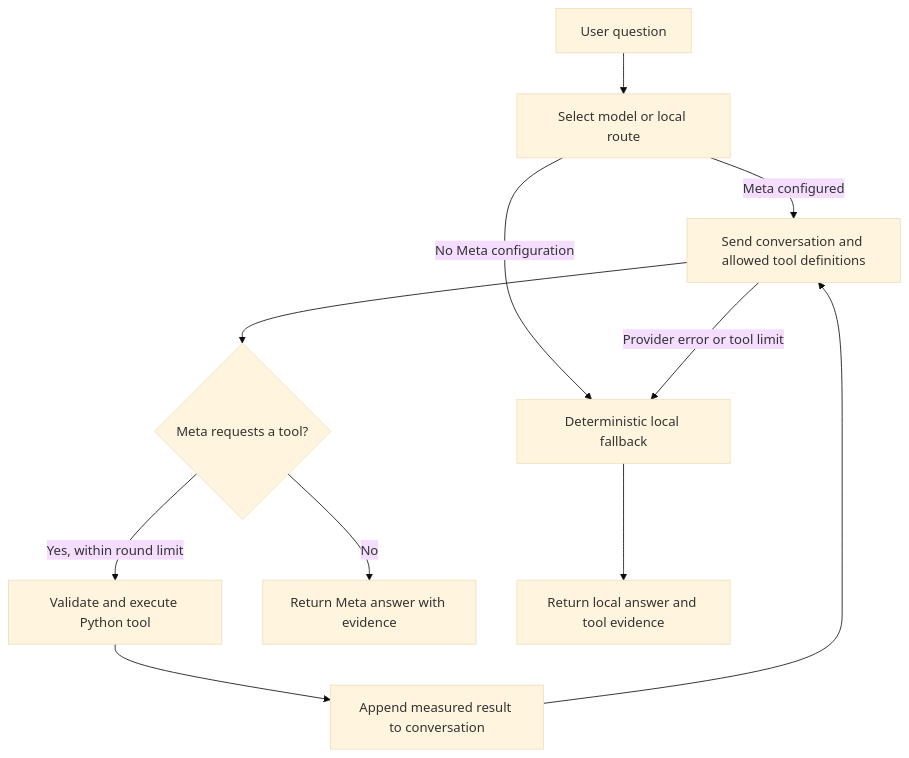
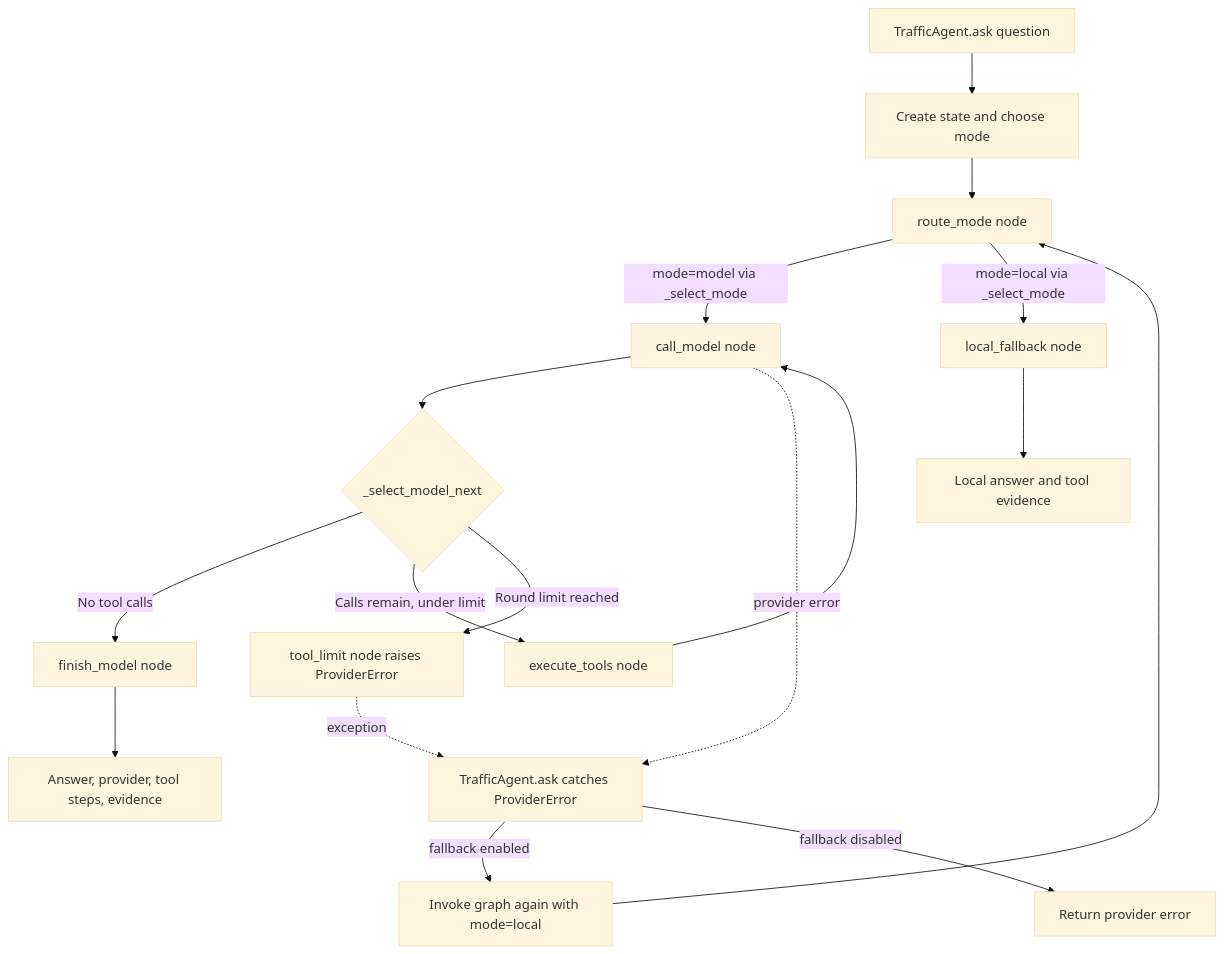
The first of 2 diagrams in README.md (johnbr001/TrafficFlow), drawn with Mermaid (base theme) before and after one commit. The commit also changed other lines of this file, not shown here.

````diff
--- a/README.md
+++ b/README.md
@@ -166,13 +168,19 @@
 ```mermaid
 flowchart TD
-    A[User question] --> B[Select model or local route]
-    B -->|Meta configured| C[Send conversation and allowed tool definitions]
-    B -->|No Meta configuration| H[Deterministic local fallback]
-    C --> D{Meta requests a tool?}
-    D -->|Yes, within round limit| E[Validate and execute Python tool]
-    E --> F[Append measured result to conversation]
-    F --> C
-    D -->|No| G[Return Meta answer with evidence]
-    C -->|Provider error or tool limit| H
-    H --> I[Return local answer and tool evidence]
+    Q[TrafficAgent.ask question] --> INIT[Create state and choose mode]
+    INIT --> RM[route_mode node]
+    RM -->|mode=model via _select_mode| CM[call_model node]
+    RM -->|mode=local via _select_mode| LF[local_fallback node]
+    CM --> SEL{_select_model_next}
+    SEL -->|No tool calls| FM[finish_model node]
+    SEL -->|Calls remain, under limit| ET[execute_tools node]
+    ET --> CM
+    SEL -->|Round limit reached| TL[tool_limit node raises ProviderError]
+    FM --> OUT[Answer, provider, tool steps, evidence]
+    LF --> OUT2[Local answer and tool evidence]
+    CM -. provider error .-> WRAP[TrafficAgent.ask catches ProviderError]
+    TL -. exception .-> WRAP
+    WRAP -->|fallback enabled| INIT2[Invoke graph again with mode=local]
+    INIT2 --> RM
+    WRAP -->|fallback disabled| ERR[Return provider error]
 ```
````
